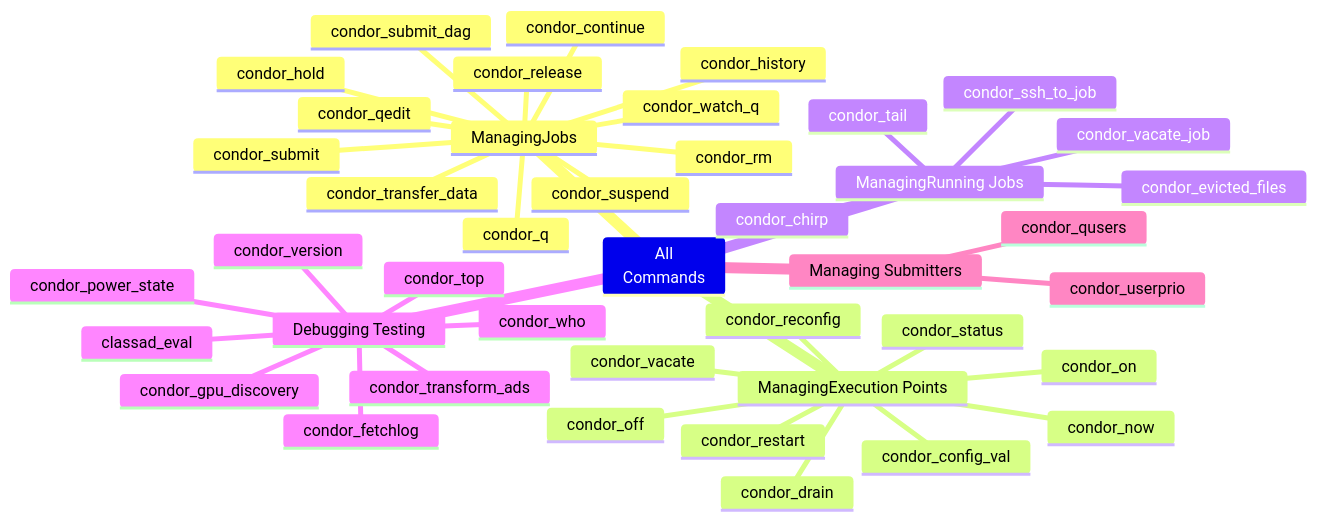
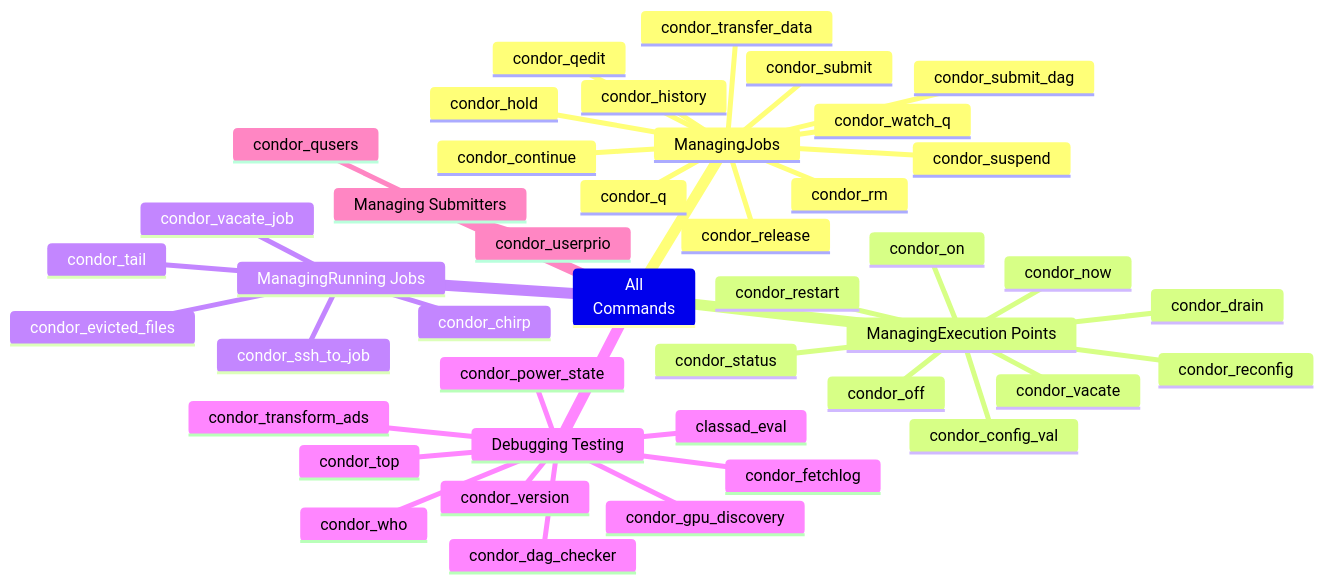
One commit to htcondor/htcondor changed the diagram in docs/man-pages/index.rst. Above: the diagram before and after it, drawn with Mermaid. The commit also changed other lines of this file and 3 other files, not shown here.

Commit message:
HTCONDOR-3088: Add documentation for new condor_dag_checker tool

```diff
--- a/docs/man-pages/index.rst
+++ b/docs/man-pages/index.rst
@@ -80,6 +80,8 @@
            condor_gpu_discovery
            :::link:condor_gpu_discovery
            condor_power_state
+           condor_dag_checker
+           :::link:condor_dag_checker
        Managing Submitters
            condor_userprio
            :::link:condor_userprio
```
